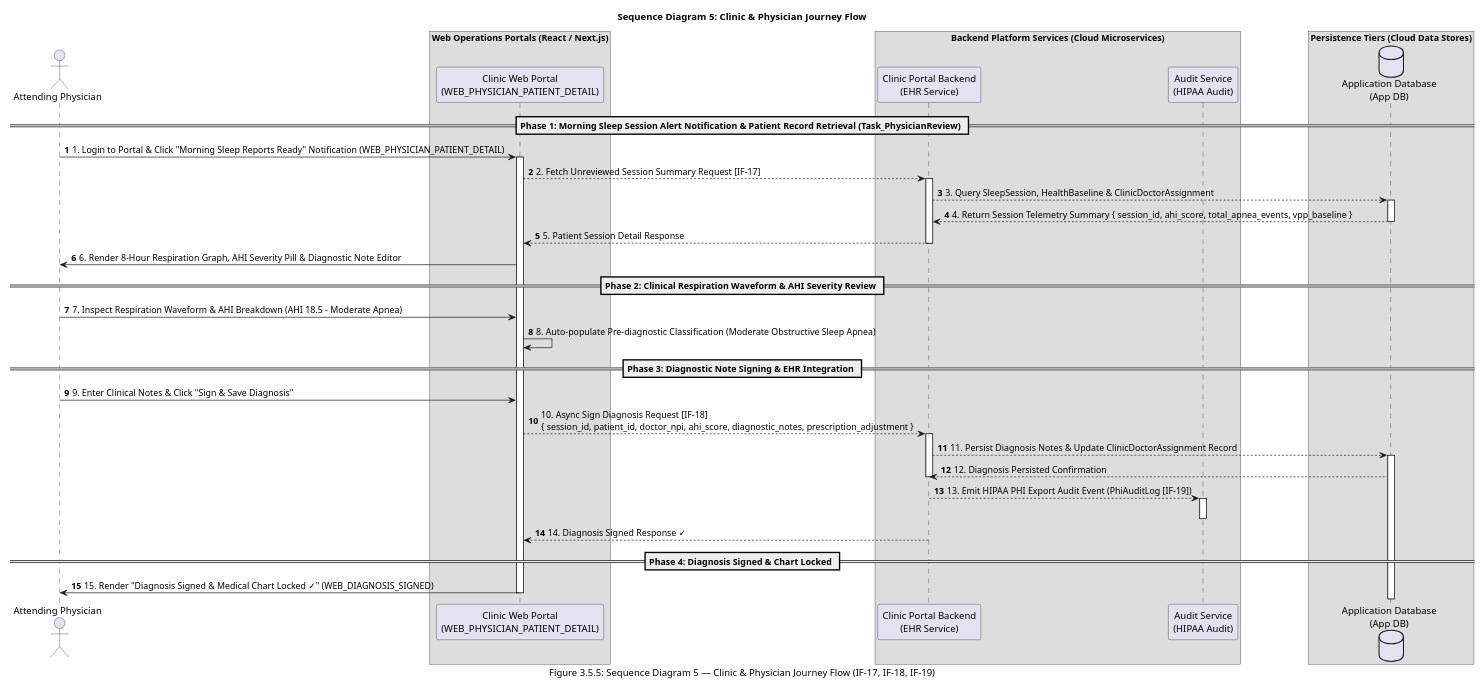
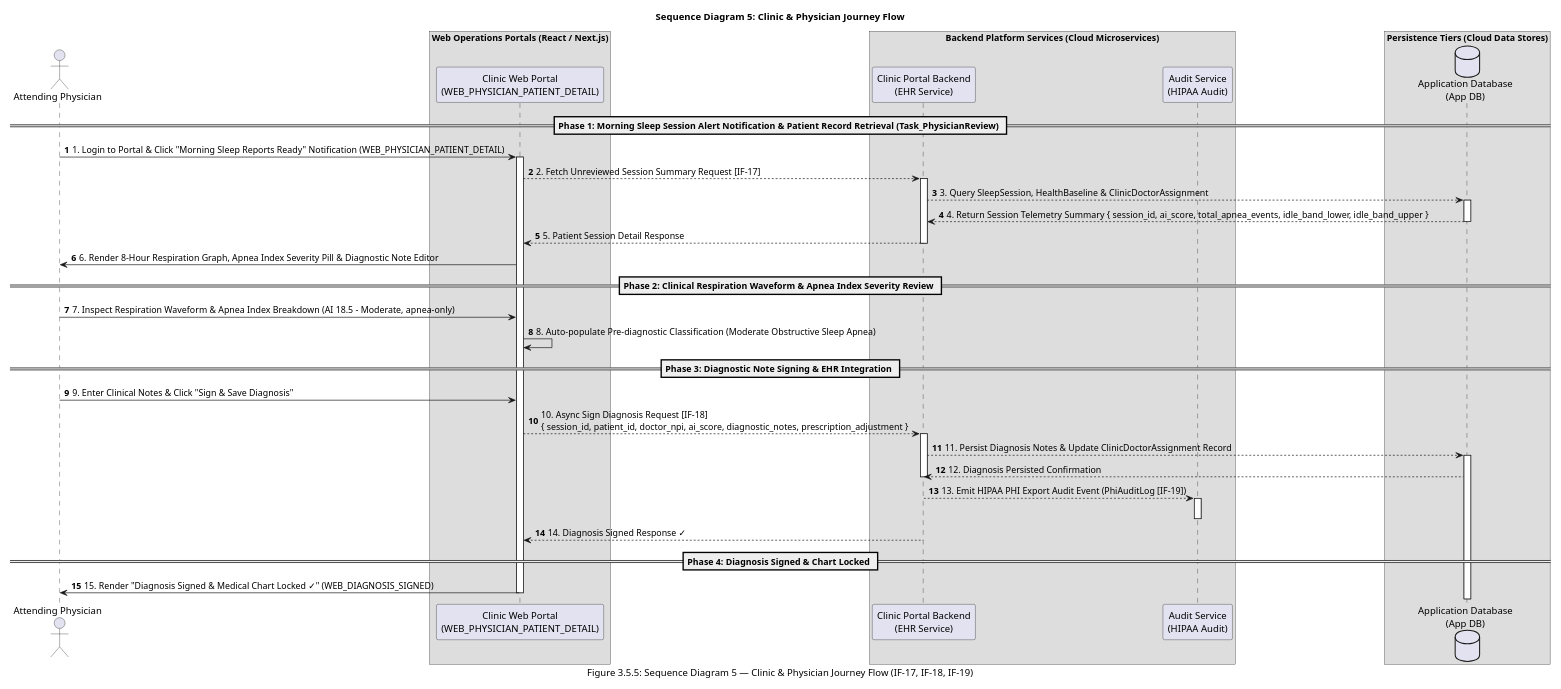
The tenth of 19 diagrams in _bmad-output/architecture/ARCHITECTURE-SPINE.md (reidlai/masker-app), drawn with PlantUML before and after one commit. The commit also changed other lines of this file and 1 other file, not shown here.

First line of the commit message:
docs(architecture): fold IDLE Band signal model into spine (v21.0.0)

````diff
--- a/_bmad-output/architecture/ARCHITECTURE-SPINE.md
+++ b/_bmad-output/architecture/ARCHITECTURE-SPINE.md
@@ -1369,60 +1339,60 @@
 ```plantuml
 @startuml Clinic_Physician_Journey_Sequence_Diagram
 title Sequence Diagram 5: Clinic & Physician Journey Flow
 caption Figure 3.5.5: Sequence Diagram 5 — Clinic & Physician Journey Flow (IF-17, IF-18, IF-19)
 autonumber
 scale 0.7
 
 actor "Attending Physician" as Doctor
 box "Web Operations Portals (React / Next.js)"
 participant "Clinic Web Portal\n(WEB_PHYSICIAN_PATIENT_DETAIL)" as ClinicUI
 end box
 
 box "Backend Platform Services (Cloud Microservices)"
 participant "Clinic Portal Backend\n(EHR Service)" as ClinicSvc
 participant "Audit Service\n(HIPAA Audit)" as AuditSvc
 end box
 
 box "Persistence Tiers (Cloud Data Stores)"
 database "Application Database\n(App DB)" as AppDB
 end box
 
 == Phase 1: Morning Sleep Session Alert Notification & Patient Record Retrieval (Task_PhysicianReview) ==
 Doctor -> ClinicUI: 1. Login to Portal & Click "Morning Sleep Reports Ready" Notification (WEB_PHYSICIAN_PATIENT_DETAIL)
 activate ClinicUI
 ClinicUI --> ClinicSvc: 2. Fetch Unreviewed Session Summary Request [IF-17]
 activate ClinicSvc
 ClinicSvc --> AppDB: 3. Query SleepSession, HealthBaseline & ClinicDoctorAssignment
 activate AppDB
-AppDB --> ClinicSvc: 4. Return Session Telemetry Summary { session_id, ahi_score, total_apnea_events, vpp_baseline }
+AppDB --> ClinicSvc: 4. Return Session Telemetry Summary { session_id, ai_score, total_apnea_events, idle_band_lower, idle_band_upper }
 deactivate AppDB
 ClinicSvc --> ClinicUI: 5. Patient Session Detail Response
 deactivate ClinicSvc
-ClinicUI -> Doctor: 6. Render 8-Hour Respiration Graph, AHI Severity Pill & Diagnostic Note Editor
+ClinicUI -> Doctor: 6. Render 8-Hour Respiration Graph, Apnea Index Severity Pill & Diagnostic Note Editor
 
-== Phase 2: Clinical Respiration Waveform & AHI Severity Review ==
-Doctor -> ClinicUI: 7. Inspect Respiration Waveform & AHI Breakdown (AHI 18.5 - Moderate Apnea)
+== Phase 2: Clinical Respiration Waveform & Apnea Index Severity Review ==
+Doctor -> ClinicUI: 7. Inspect Respiration Waveform & Apnea Index Breakdown (AI 18.5 - Moderate, apnea-only)
 ClinicUI -> ClinicUI: 8. Auto-populate Pre-diagnostic Classification (Moderate Obstructive Sleep Apnea)
 
 == Phase 3: Diagnostic Note Signing & EHR Integration ==
 Doctor -> ClinicUI: 9. Enter Clinical Notes & Click "Sign & Save Diagnosis"
-ClinicUI --> ClinicSvc: 10. Async Sign Diagnosis Request [IF-18]\n{ session_id, patient_id, doctor_npi, ahi_score, diagnostic_notes, prescription_adjustment }
+ClinicUI --> ClinicSvc: 10. Async Sign Diagnosis Request [IF-18]\n{ session_id, patient_id, doctor_npi, ai_score, diagnostic_notes, prescription_adjustment }
 activate ClinicSvc
 ClinicSvc --> AppDB: 11. Persist Diagnosis Notes & Update ClinicDoctorAssignment Record
 activate AppDB
 AppDB --> ClinicSvc: 12. Diagnosis Persisted Confirmation
 deactivate ClinicSvc
 
 ClinicSvc --> AuditSvc: 13. Emit HIPAA PHI Export Audit Event (PhiAuditLog [IF-19])
 activate AuditSvc
 deactivate AuditSvc
 
 ClinicSvc --> ClinicUI: 14. Diagnosis Signed Response ✓
 deactivate ClinicSvc
 
 == Phase 4: Diagnosis Signed & Chart Locked ==
 ClinicUI -> Doctor: 15. Render "Diagnosis Signed & Medical Chart Locked ✓" (WEB_DIAGNOSIS_SIGNED)
 deactivate ClinicUI
 
 @enduml
 ```
````
